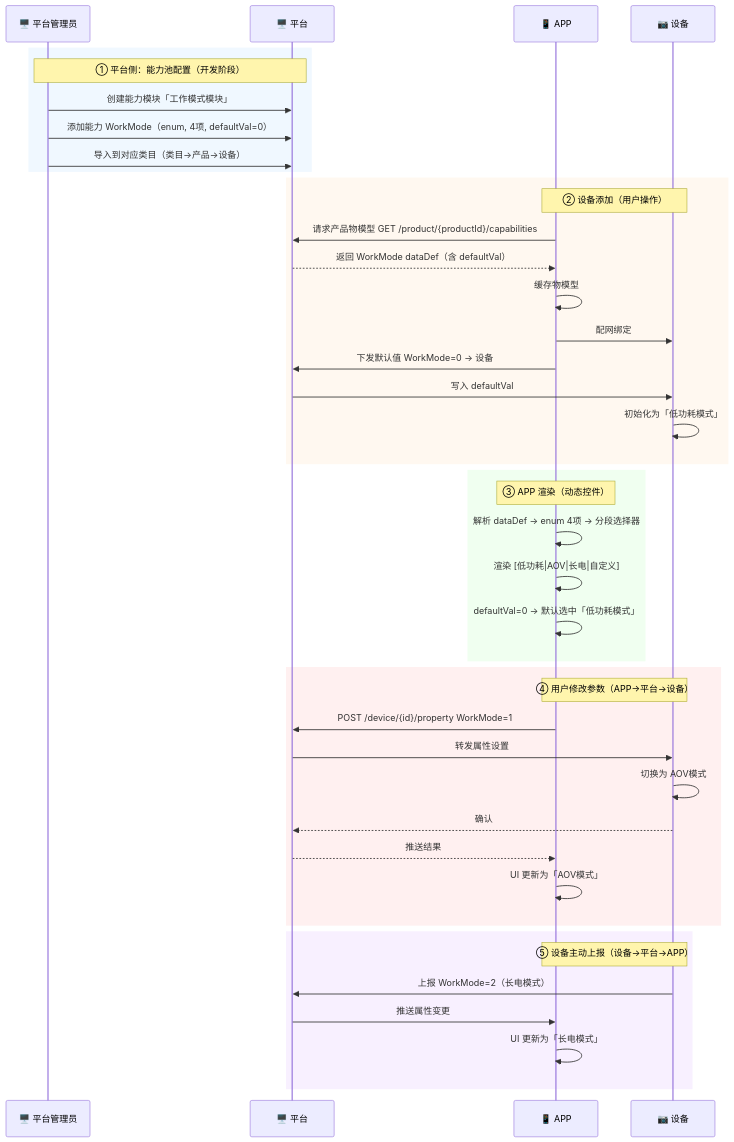
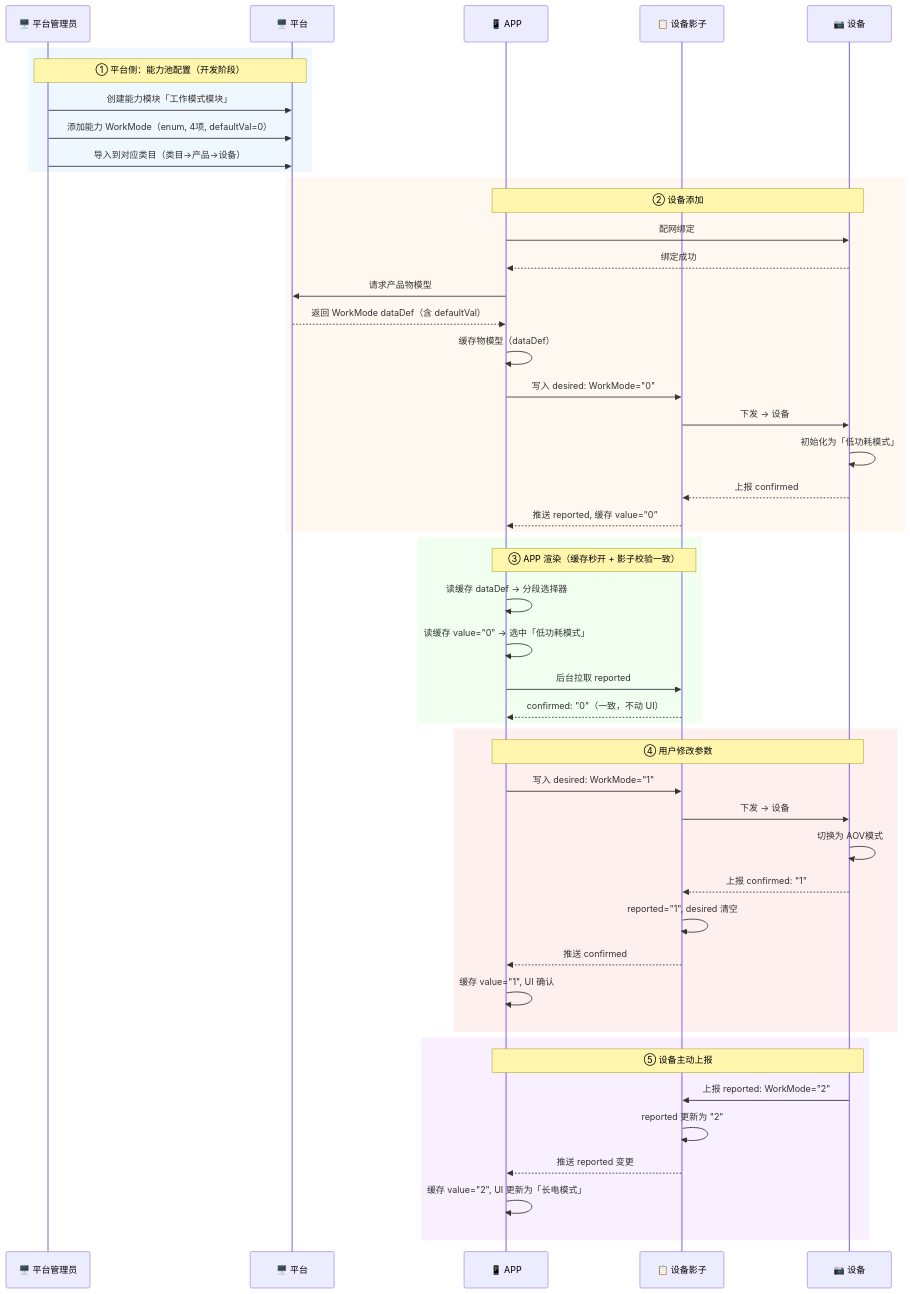
Before and after one commit to hongtao-l/platform: the sixth of 11 diagrams in docs/draft/物模型管理04全链路流程.md, drawn with Mermaid. The commit also changed other lines of this file and 5 other files, not shown here.

````diff
--- a/docs/draft/物模型管理04全链路流程.md
+++ b/docs/draft/物模型管理04全链路流程.md
@@ -168,49 +233,56 @@
 ```mermaid
 sequenceDiagram
     participant Admin as 🖥️ 平台管理员
     participant Platform as 🖥️ 平台
     participant APP as 📱 APP
+    participant Shadow as 📋 设备影子
     participant Device as 📷 设备
 
     rect rgb(240, 248, 255)
         Note over Admin,Platform: ① 平台侧：能力池配置（开发阶段）
         Admin->>Platform: 创建能力模块「工作模式模块」
         Admin->>Platform: 添加能力 WorkMode（enum, 4项, defaultVal=0）
         Admin->>Platform: 导入到对应类目（类目→产品→设备）
     end
 
     rect rgb(255, 248, 240)
-        Note over APP,Device: ② 设备添加（用户操作）
-        APP->>Platform: 请求产品物模型 GET /product/{productId}/capabilities
+        Note over APP,Device: ② 设备添加
+        APP->>Device: 配网绑定
+        Device-->>APP: 绑定成功
+        APP->>Platform: 请求产品物模型
         Platform-->>APP: 返回 WorkMode dataDef（含 defaultVal）
-        APP->>APP: 缓存物模型
-        APP->>Device: 配网绑定
-        APP->>Platform: 下发默认值 WorkMode=0 → 设备
-        Platform->>Device: 写入 defaultVal
+        APP->>APP: 缓存物模型（dataDef）
+        APP->>Shadow: 写入 desired: WorkMode="0"
+        Shadow->>Device: 下发 → 设备
         Device->>Device: 初始化为「低功耗模式」
+        Device-->>Shadow: 上报 confirmed
+        Shadow-->>APP: 推送 reported, 缓存 value="0"
     end
 
     rect rgb(240, 255, 240)
-        Note over APP: ③ APP 渲染（动态控件）
-        APP->>APP: 解析 dataDef → enum 4项 → 分段选择器
-        APP->>APP: 渲染 [低功耗|AOV|长电|自定义]
-        APP->>APP: defaultVal=0 → 默认选中「低功耗模式」
+        Note over APP,Shadow: ③ APP 渲染（缓存秒开 + 影子校验一致）
+        APP->>APP: 读缓存 dataDef → 分段选择器
+        APP->>APP: 读缓存 value="0" → 选中「低功耗模式」
+        APP->>Shadow: 后台拉取 reported
+        Shadow-->>APP: confirmed: "0"（一致，不动 UI）
     end
 
     rect rgb(255, 240, 240)
-        Note over APP,Device: ④ 用户修改参数（APP→平台→设备）
-        APP->>Platform: POST /device/{id}/property WorkMode=1
-        Platform->>Device: 转发属性设置
+        Note over APP,Device: ④ 用户修改参数
+        APP->>Shadow: 写入 desired: WorkMode="1"
+        Shadow->>Device: 下发 → 设备
         Device->>Device: 切换为 AOV模式
-        Device-->>Platform: 确认
-        Platform-->>APP: 推送结果
-        APP->>APP: UI 更新为「AOV模式」
+        Device-->>Shadow: 上报 confirmed: "1"
+        Shadow->>Shadow: reported="1", desired 清空
+        Shadow-->>APP: 推送 confirmed
+        APP->>APP: 缓存 value="1", UI 确认
     end
 
     rect rgb(248, 240, 255)
-        Note over Device,APP: ⑤ 设备主动上报（设备→平台→APP）
-        Device->>Platform: 上报 WorkMode=2（长电模式）
-        Platform->>APP: 推送属性变更
-        APP->>APP: UI 更新为「长电模式」
+        Note over Device,APP: ⑤ 设备主动上报
+        Device->>Shadow: 上报 reported: WorkMode="2"
+        Shadow->>Shadow: reported 更新为 "2"
+        Shadow-->>APP: 推送 reported 变更
+        APP->>APP: 缓存 value="2", UI 更新为「长电模式」
     end
 ```
````
